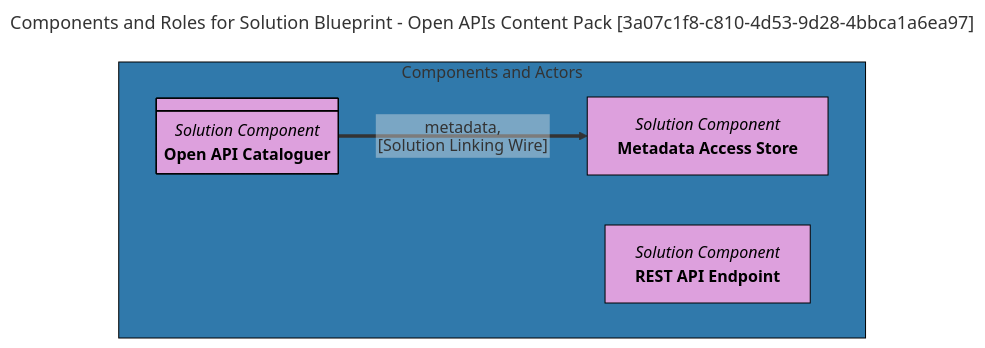
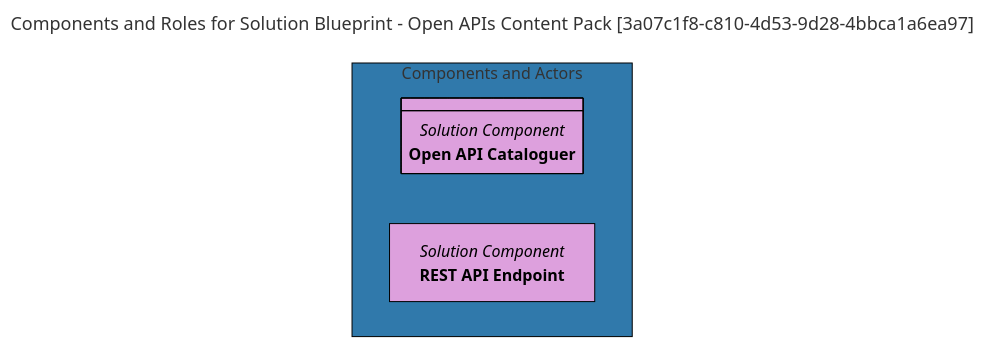
Before and after one commit to odpi/egeria-docs: the diagram in site/snippets/blueprints/content-packs/open-apis-content-pack-solution-blueprint-mermaid-graph.md, drawn with Mermaid. The commit also changed other lines of this file and 62 other files, not shown here.

````diff
--- a/site/snippets/blueprints/content-packs/open-apis-content-pack-solution-blueprint-mermaid-graph.md
+++ b/site/snippets/blueprints/content-packs/open-apis-content-pack-solution-blueprint-mermaid-graph.md
@@ -1,25 +1,19 @@
 ```mermaid
 ---
 title: Components and Roles for Solution Blueprint - Open APIs Content Pack [3a07c1f8-c810-4d53-9d28-4bbca1a6ea97]
 ---
 flowchart TD
 %%{init: {"flowchart": {"htmlLabels": false}} }%%
 
 subgraph 1 [Components and Actors]
-2@{ shape: rect, label: "*Solution Component*
-**Metadata Access Store**"}
+2@{ shape: div-rect, label: "*Solution Component*
+**Open API Cataloguer**"}
 3@{ shape: rect, label: "*Solution Component*
 **REST API Endpoint**"}
-4@{ shape: div-rect, label: "*Solution Component*
-**Open API Cataloguer**"}
-4==>|"metadata,
-[Solution Linking Wire]"|2
 end
 style 1 color:#FFFFFF, fill:#3079ab, stroke:#000000
 style 2 color:#000000, fill:#DDA0DD, stroke:#000000
 style 3 color:#000000, fill:#DDA0DD, stroke:#000000
-style 4 color:#000000, fill:#DDA0DD, stroke:#000000
-click 2 "https://egeria-project.org/concepts/metadata-access-store/" "Click for more documentation" _blank
+click 2 "https://egeria-project.org/concepts/integration-connector/" "Click for more documentation" _blank
 click 3 "https://egeria-project.org/types/0/0026-Endpoints/" "Click for more documentation" _blank
-click 4 "https://egeria-project.org/concepts/integration-connector/" "Click for more documentation" _blank
 ```
````
